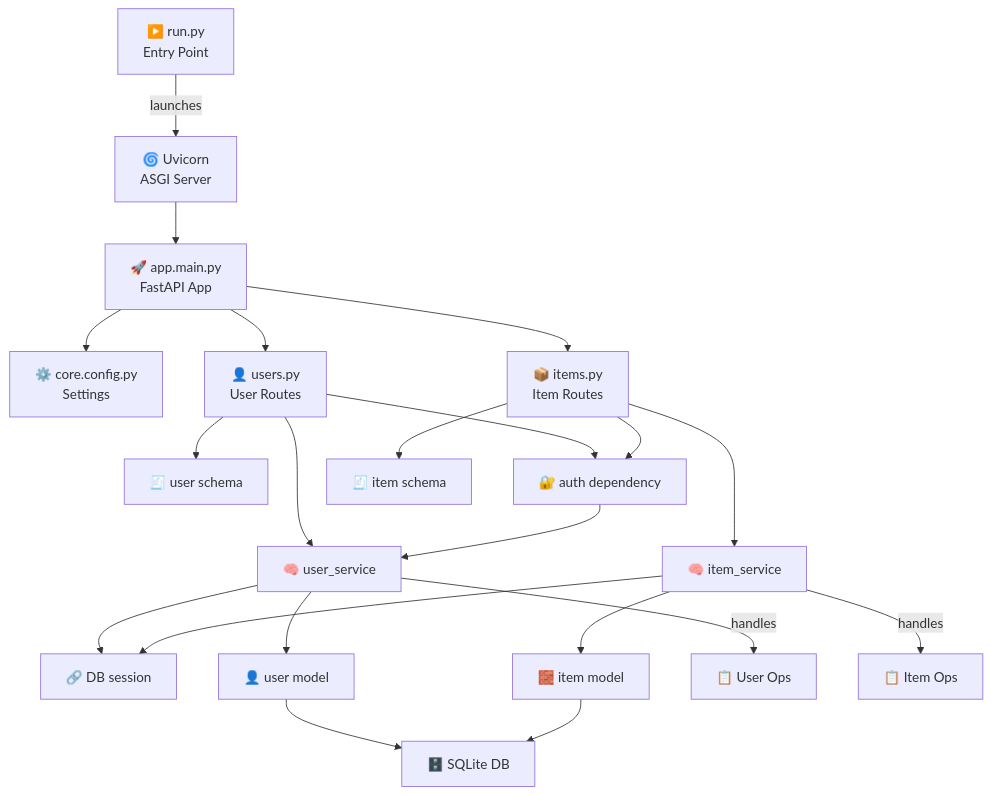
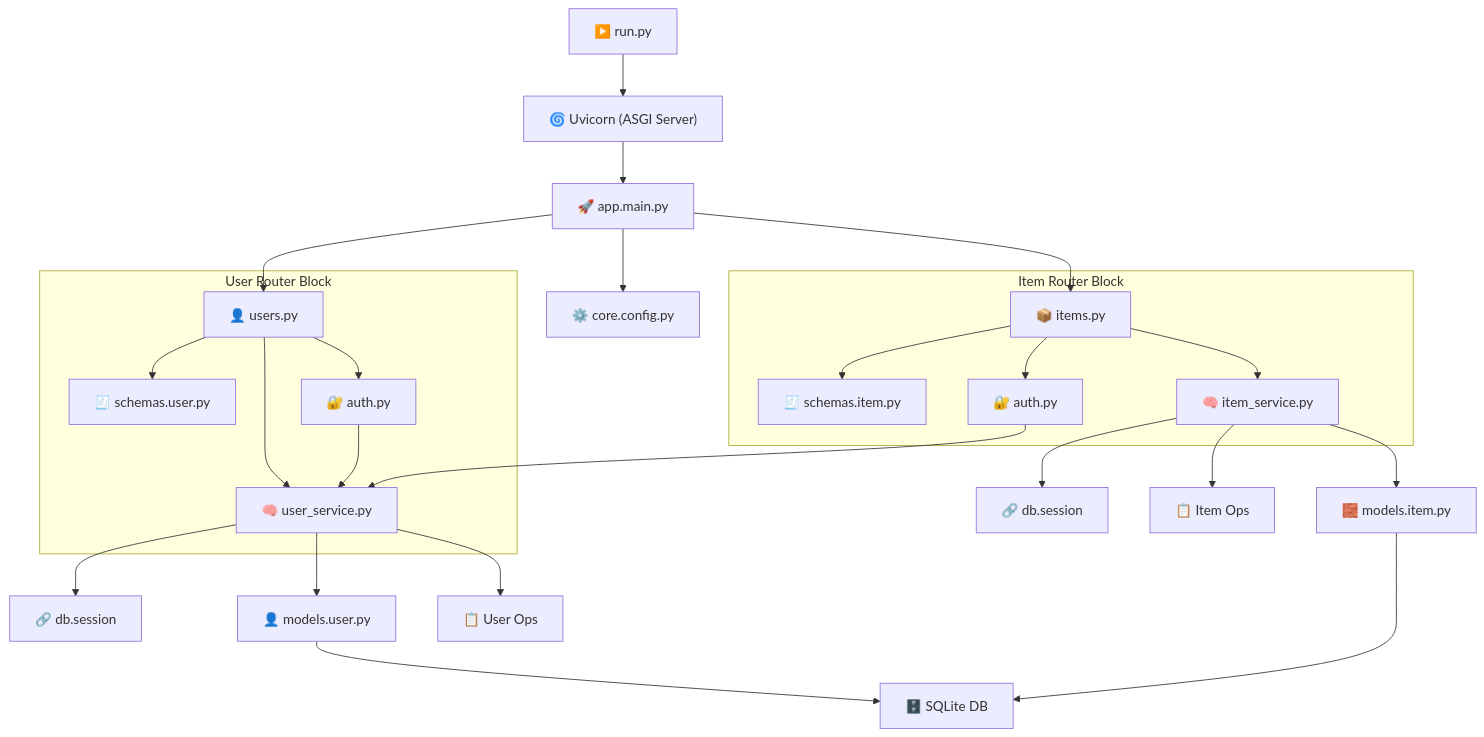
Before and after one commit to berserkhmdvhb/fastapi-template-dev: the first of 2 diagrams in README.md, drawn with Mermaid.

````diff
--- a/README.md
+++ b/README.md
@@ -52,38 +52,42 @@
 ```mermaid
 graph TD
-    %% Entry Point
-    Run["▶️ run.py<br/>Entry Point"] -->|launches| Uvicorn["🌀 Uvicorn<br/>ASGI Server"]
-    Uvicorn --> AppMain["🚀 app.main.py<br/>FastAPI App"]
+    %% Entry
+    Run["▶️ run.py"] --> Uvicorn["🌀 Uvicorn (ASGI Server)"]
+    Uvicorn --> App["🚀 app.main.py"]
 
-    %% App Layer - routes and config
-    AppMain --> Settings["⚙️ core.config.py<br/>Settings"]
-    AppMain --> UserRouter["👤 users.py<br/>User Routes"]
-    AppMain --> ItemRouter["📦 items.py<br/>Item Routes"]
+    %% App Layer
+    App --> Config["⚙️ core.config.py"]
+    App --> UsersRouter["👤 users.py"]
+    App --> ItemsRouter["📦 items.py"]
 
-    %% Routers to Dependencies & Services
-    UserRouter --> UserSchemas["🧾 user schema"]
-    UserRouter --> UserService["🧠 user_service"]
-    UserRouter --> Auth["🔐 auth dependency"]
+    %% Routers
+    subgraph UsersRouterBlock["User Router Block"]
+        UsersRouter --> UserSchemas["🧾 schemas.user.py"]
+        UsersRouter --> UserService["🧠 user_service.py"]
+        UsersRouter --> Auth1["🔐 auth.py"]
+    end
 
-    ItemRouter --> ItemSchemas["🧾 item schema"]
-    ItemRouter --> ItemService["🧠 item_service"]
-    ItemRouter --> Auth
+    subgraph ItemsRouterBlock["Item Router Block"]
+        ItemsRouter --> ItemSchemas["🧾 schemas.item.py"]
+        ItemsRouter --> ItemService["🧠 item_service.py"]
+        ItemsRouter --> Auth2["🔐 auth.py"]
+    end
 
-    %% Auth and its service
-    Auth --> UserService
+    %% Auth
+    Auth1 --> UserService
+    Auth2 --> UserService
 
-    %% Services to DB session and models
-    UserService --> Session["🔗 DB session"]
-    ItemService --> Session
+    %% Services & DB
+    UserService --> DBSession1["🔗 db.session"]
+    ItemService --> DBSession2["🔗 db.session"]
 
-    UserService --> UserModel["👤 user model"]
-    ItemService --> ItemModel["🧱 item model"]
+    UserService --> UserModel["👤 models.user.py"]
+    ItemService --> ItemModel["🧱 models.item.py"]
 
-    %% DB
-    UserModel --> DB["🗄️ SQLite DB"]
-    ItemModel --> DB
+    UserModel --> SQLite["🗄️ SQLite DB"]
+    ItemModel --> SQLite
 
-    %% Abstract Logic Layer
-    UserService -->|handles| UserOps["📋 User Ops"]
-    ItemService -->|handles| ItemOps["📋 Item Ops"]
+    %% Abstract Logic
+    UserService --> UserLogic["📋 User Ops"]
+    ItemService --> ItemLogic["📋 Item Ops"]
 ```
````
